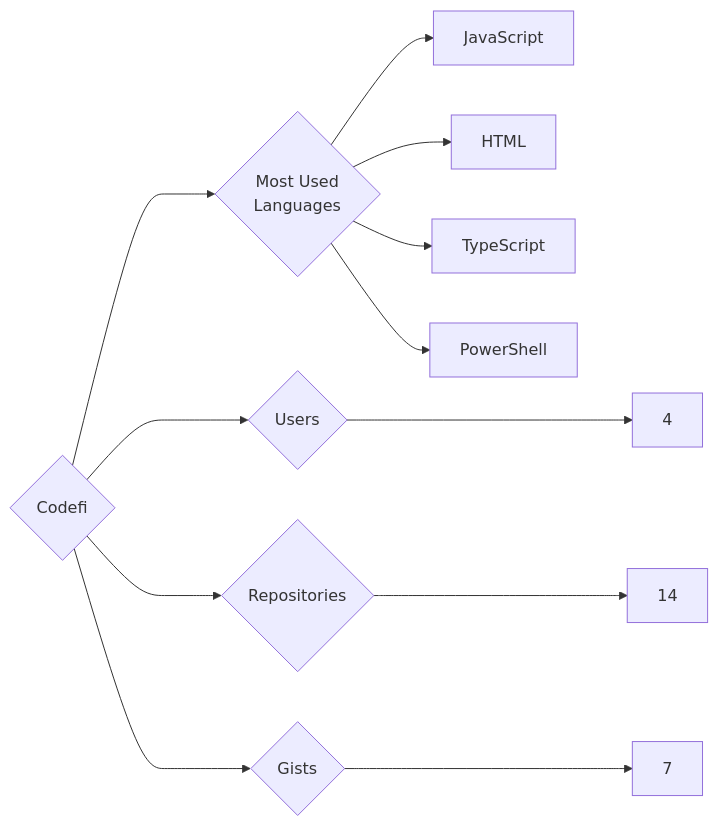
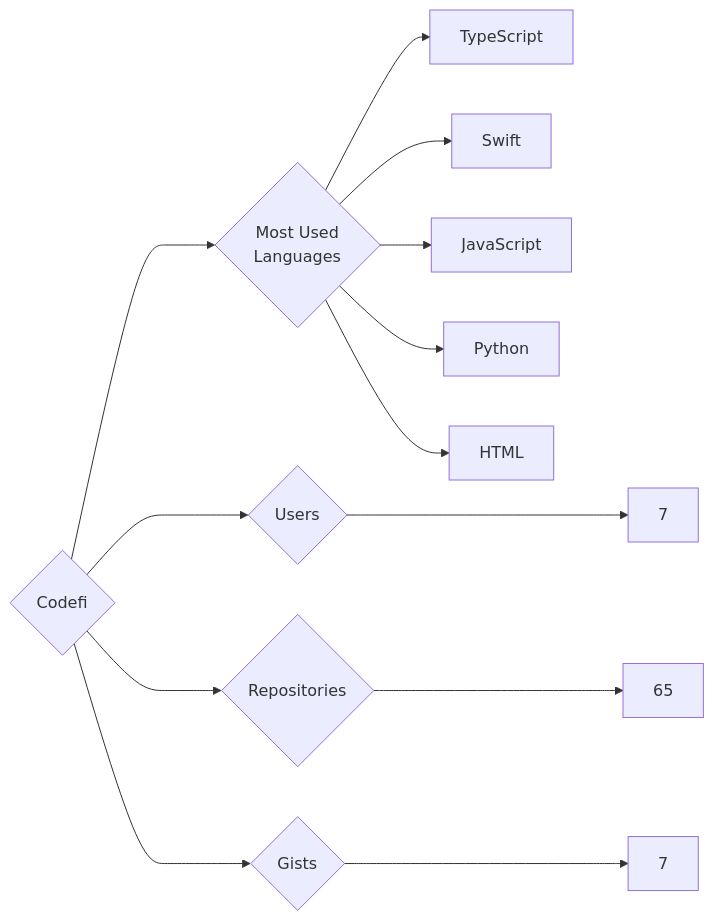
Before and after one commit to trickest/insiders: the diagram in targets/Codefi/README.md, drawn with Mermaid. The commit also changed 676 other files, not shown here.

````diff
--- a/targets/Codefi/README.md
+++ b/targets/Codefi/README.md
@@ -3,12 +3,13 @@
 ```mermaid
 graph LR
 COMPANY_NAME{Codefi}
-COMPANY_NAME ---> U{Users} ---> UN[4]
-COMPANY_NAME ---> R{Repositories} ---> RN[14]
+COMPANY_NAME ---> U{Users} ---> UN[7]
+COMPANY_NAME ---> R{Repositories} ---> RN[65]
 COMPANY_NAME ---> G{Gists} ---> GN[7]
 COMPANY_NAME ---> ML{Most Used<br>Languages}
+ML --> TypeScript[TypeScript]
+ML --> Swift[Swift]
 ML --> JavaScript[JavaScript]
+ML --> Python[Python]
 ML --> HTML[HTML]
-ML --> TypeScript[TypeScript]
-ML --> PowerShell[PowerShell]
 ```
````
